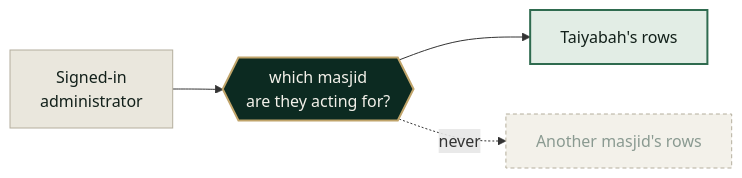
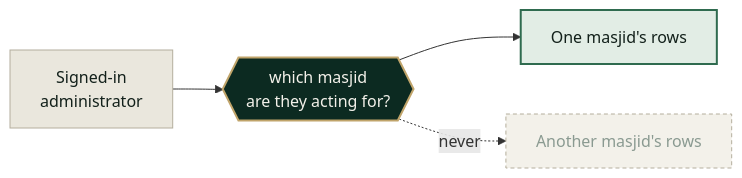
The diagram in assets/diagrams/04-one-database.mmd (yameenbux/MasjidOne), drawn with Mermaid before and after one commit. The commit also changed 14 other files, not shown here.

```diff
--- a/assets/diagrams/04-one-database.mmd
+++ b/assets/diagrams/04-one-database.mmd
@@ -1,13 +1,13 @@
 flowchart LR
     U["Signed-in<br/>administrator"] --> CM{{"which masjid<br/>are they acting for?"}}
-    CM --> T["Taiyabah's rows"]
+    CM --> T["One masjid's rows"]
     CM -.->|"never"| X["Another masjid's rows"]
 
     classDef p fill:#EAE7DD,stroke:#B4AE9D,color:#12201A
     classDef g fill:#0C2A21,stroke:#C0A46A,stroke-width:2px,color:#F3F1EA
     classDef ok fill:#E2EDE5,stroke:#2F6B4F,stroke-width:2px,color:#12201A
     classDef no fill:#F3F1EA,stroke:#B4AE9D,stroke-dasharray:4 3,color:#8A9A91
     class U p
     class CM g
     class T ok
     class X no
```
